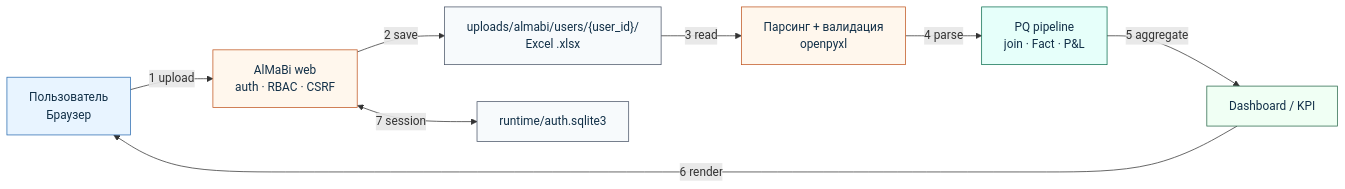
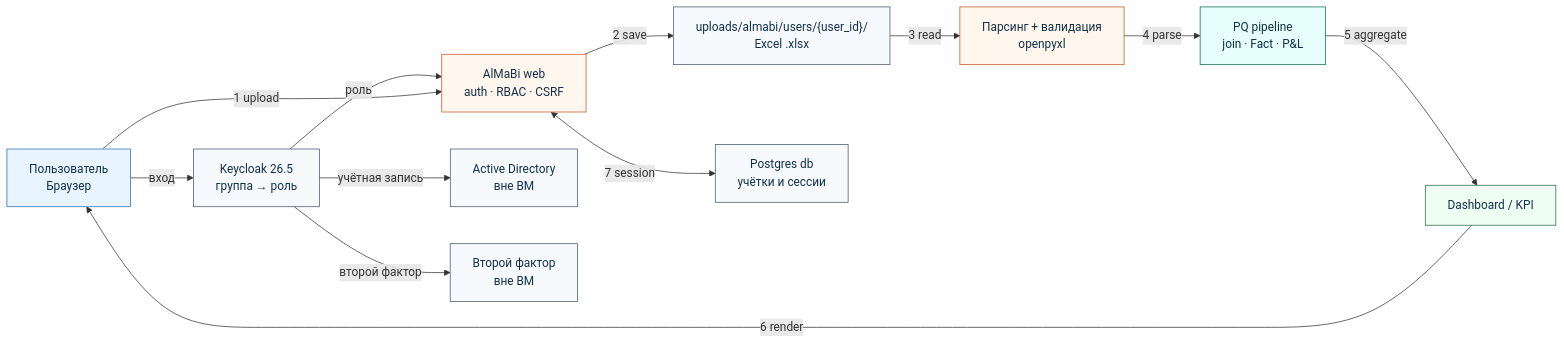
Before and after one commit to Alvik403/AlMaBi: the diagram in docs/network_checklist/diagrams/dataflow_35.mmd, drawn with Mermaid. The commit also changed 63 other files, not shown here.

```diff
--- a/docs/network_checklist/diagrams/dataflow_35.mmd
+++ b/docs/network_checklist/diagrams/dataflow_35.mmd
@@ -1,28 +1,35 @@
 flowchart LR
   U["Пользователь<br/>Браузер"]
   W["AlMaBi web<br/>auth · RBAC · CSRF"]
   X["uploads/almabi/users/{user_id}/<br/>Excel .xlsx"]
   P["Парсинг + валидация<br/>openpyxl"]
   Q["PQ pipeline<br/>join · Fact · P&L"]
   D["Dashboard / KPI"]
-  A["runtime/auth.sqlite3"]
+  A["Postgres db<br/>учётки и сессии"]
+  K["Keycloak 26.5<br/>группа → роль"]
+  AD["Active Directory<br/>вне ВМ"]
+  MFA["Второй фактор<br/>вне ВМ"]
 
+  U -->|"вход"| K
+  K -->|"роль"| W
+  K -->|"учётная запись"| AD
+  K -->|"второй фактор"| MFA
   U -->|"1 upload"| W
   W -->|"2 save"| X
   X -->|"3 read"| P
   P -->|"4 parse"| Q
   Q -->|"5 aggregate"| D
   D -->|"6 render"| U
   W <-->|"7 session"| A
 
   classDef a fill:#E8F4FF,stroke:#2B6CB0,color:#123048
   classDef b fill:#FFF7ED,stroke:#C05621,color:#123048
   classDef c fill:#E6FFFA,stroke:#0B6E4F,color:#123048
   classDef d fill:#F0FFF4,stroke:#276749,color:#123048
   classDef e fill:#F7FAFC,stroke:#4A5568,color:#123048
 
   class U a
   class W,P b
   class Q c
   class D d
-  class X,A e
+  class X,A,K,AD,MFA e
```
